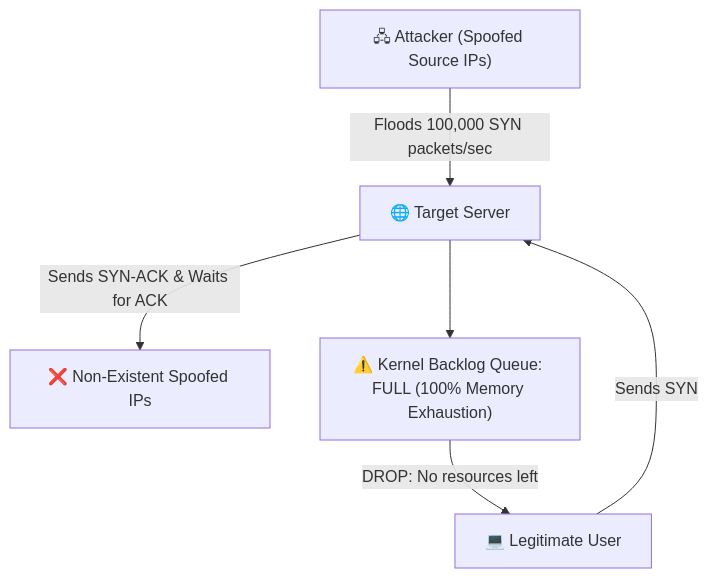
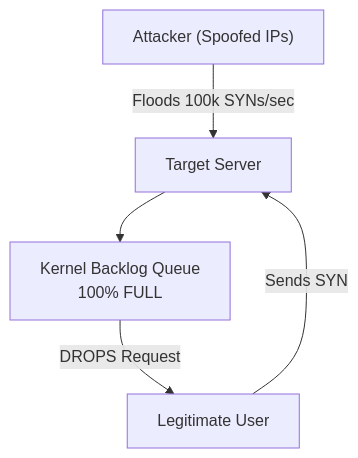
One commit to DaddyZyn/Cyber-security-notes changed the second of 4 diagrams in topics/09-tcp-handshake-exploits-rst-injection-and-scanning/README.md. Above: the diagram before and after it, drawn with Mermaid. The commit also changed other lines of this file and 19 other files, not shown here.

Commit message:
fix: overhaul all Mermaid diagrams with clean vertical layouts and short line-wrapping to prevent GitHub clipping

````diff
--- a/topics/09-tcp-handshake-exploits-rst-injection-and-scanning/README.md
+++ b/topics/09-tcp-handshake-exploits-rst-injection-and-scanning/README.md
@@ -56,8 +54,7 @@
 ```mermaid
 flowchart TD
-    Attacker["🖧 Attacker (Spoofed Source IPs)"] -->|"Floods 100,000 SYN packets/sec"| Server["🌐 Target Server"]
-    Server -->|"Sends SYN-ACK & Waits for ACK"| Void["❌ Non-Existent Spoofed IPs"]
-    Server --> Backlog["⚠️ Kernel Backlog Queue: FULL (100% Memory Exhaustion)"]
-    Legit["💻 Legitimate User"] -->|"Sends SYN"| Server
-    Backlog -->|"DROP: No resources left"| Legit
+    Attacker["Attacker (Spoofed IPs)"] -->|Floods 100k SYNs/sec| Server["Target Server"]
+    Server --> Backlog["Kernel Backlog Queue<br/>100% FULL"]
+    Legit["Legitimate User"] -->|Sends SYN| Server
+    Backlog -->|DROPS Request| Legit
 ```
````
